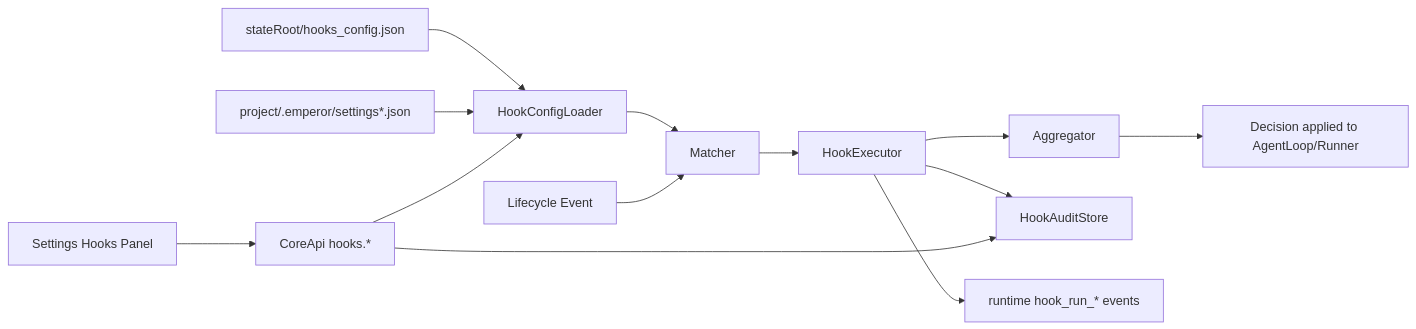
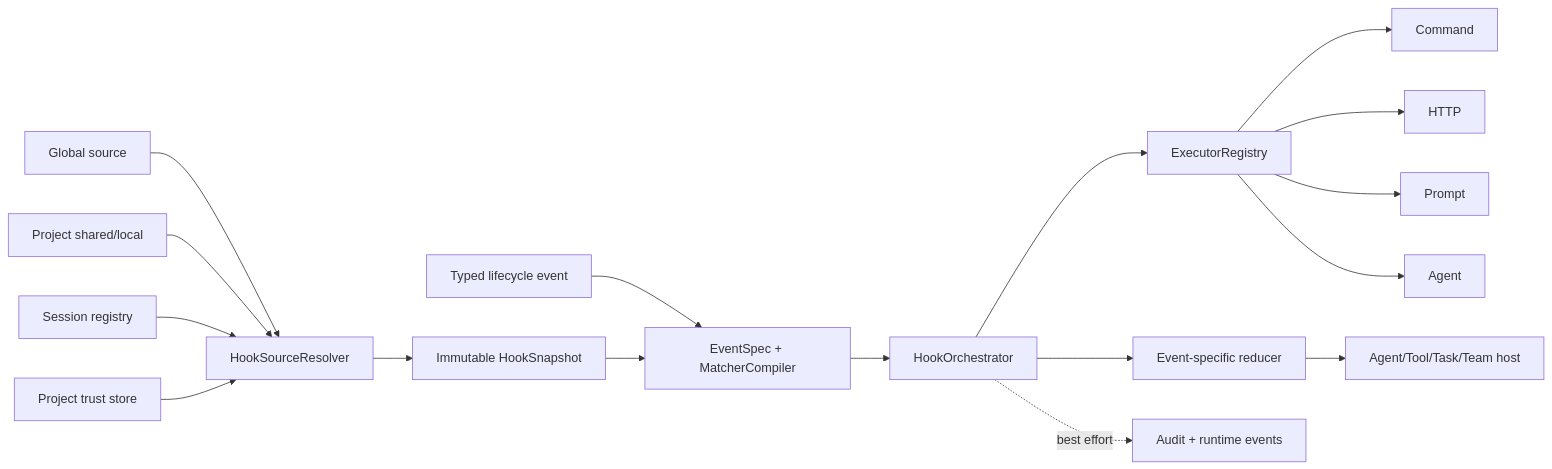
One commit to tismagic/emperor-agent changed the first of 2 diagrams in docs/superpowers/plans/2026-07-07-agent-hooks-implementation.md. Above: the diagram before and after it, drawn with Mermaid. The commit also changed other lines of this file and 114 other files, not shown here.

Commit message:
feat: complete hooks v2 and desktop settings baseline

````diff
--- a/docs/superpowers/plans/2026-07-07-agent-hooks-implementation.md
+++ b/docs/superpowers/plans/2026-07-07-agent-hooks-implementation.md
@@ -70,15 +146,19 @@
 ```mermaid
 flowchart LR
-  G["stateRoot/hooks_config.json"] --> L["HookConfigLoader"]
-  P["project/.emperor/settings*.json"] --> L
-  L --> M["Matcher"]
-  E["Lifecycle Event"] --> M
-  M --> X["HookExecutor"]
-  X --> A["Aggregator"]
-  A --> R["Decision applied to AgentLoop/Runner"]
-  X --> S["HookAuditStore"]
-  X --> V["runtime hook_run_* events"]
-  API["CoreApi hooks.*"] --> L
-  API --> S
-  UI["Settings Hooks Panel"] --> API
+  GS["Global source"] --> SR["HookSourceResolver"]
+  PS["Project shared/local"] --> SR
+  SS["Session registry"] --> SR
+  TS["Project trust store"] --> SR
+  SR --> SNAP["Immutable HookSnapshot"]
+  EVT["Typed lifecycle event"] --> PLAN["EventSpec + MatcherCompiler"]
+  SNAP --> PLAN
+  PLAN --> ORCH["HookOrchestrator"]
+  ORCH --> EX["ExecutorRegistry"]
+  EX --> CMD["Command"]
+  EX --> HTTP["HTTP"]
+  EX --> PROMPT["Prompt"]
+  EX --> AGENT["Agent"]
+  ORCH --> REDUCE["Event-specific reducer"]
+  REDUCE --> HOST["Agent/Tool/Task/Team host"]
+  ORCH -. best effort .-> AUDIT["Audit + runtime events"]
 ```
````
